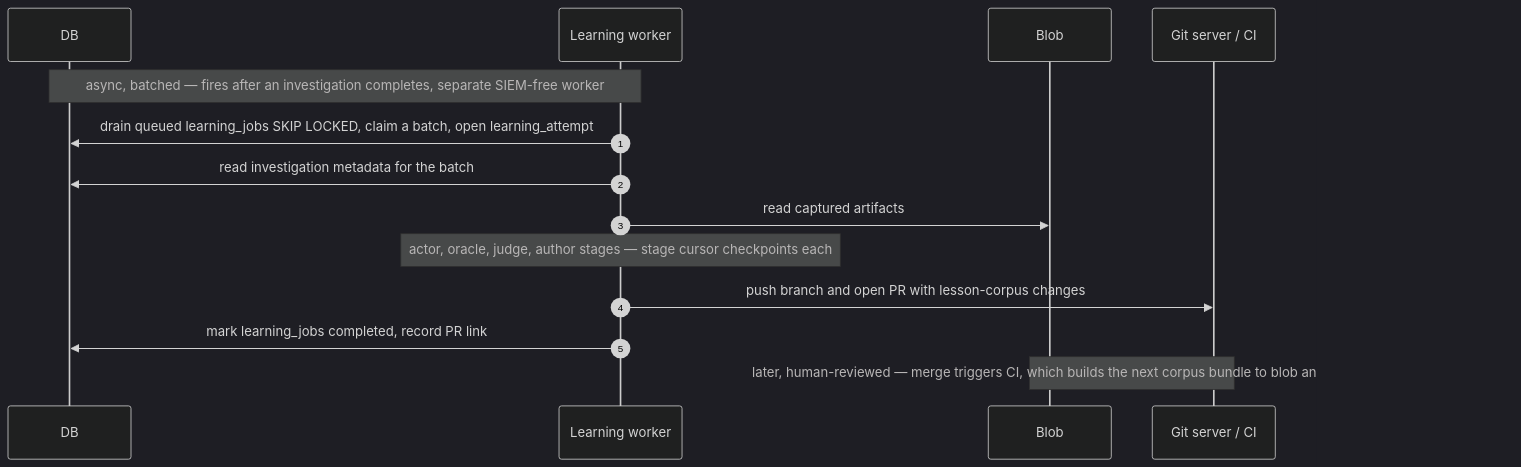
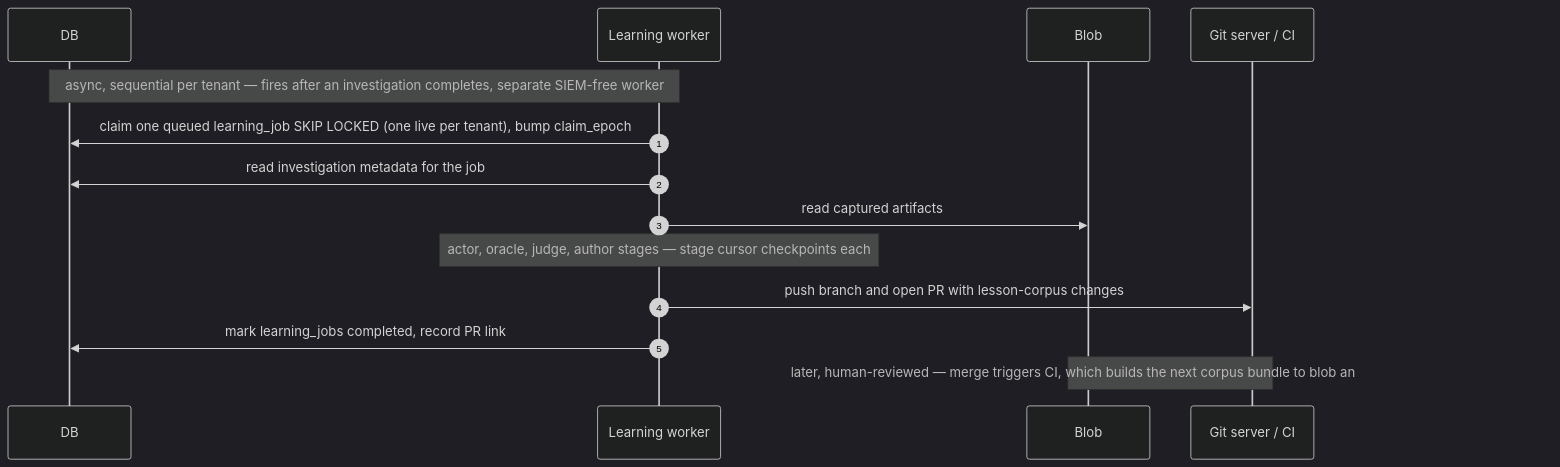
One commit to beetroot-salad/cyber-response-agent changed the third of 3 diagrams in docs/platform-design.md. Above: the diagram before and after it, drawn with Mermaid (dark theme). The commit also changed other lines of this file, not shown here.

First line of the commit message:
docs: single-table investigation/learning model + claim_epoch recovery

````diff
--- a/docs/platform-design.md
+++ b/docs/platform-design.md
@@ -479,17 +505,17 @@
 ```mermaid
 sequenceDiagram
     autonumber
     participant DB
     participant LW as Learning worker
     participant BLOB as Blob
     participant GIT as Git server / CI
 
-    Note over DB,LW: async, batched — fires after an investigation completes, separate SIEM-free worker
-    LW->>DB: drain queued learning_jobs SKIP LOCKED, claim a batch, open learning_attempt
-    LW->>DB: read investigation metadata for the batch
+    Note over DB,LW: async, sequential per tenant — fires after an investigation completes, separate SIEM-free worker
+    LW->>DB: claim one queued learning_job SKIP LOCKED (one live per tenant), bump claim_epoch
+    LW->>DB: read investigation metadata for the job
     LW->>BLOB: read captured artifacts
     Note over LW: actor, oracle, judge, author stages — stage cursor checkpoints each
     LW->>GIT: push branch and open PR with lesson-corpus changes
     LW->>DB: mark learning_jobs completed, record PR link
     Note over GIT,BLOB: later, human-reviewed — merge triggers CI, which builds the next corpus bundle to blob and mints lessons_corpus_version
 ```
````
